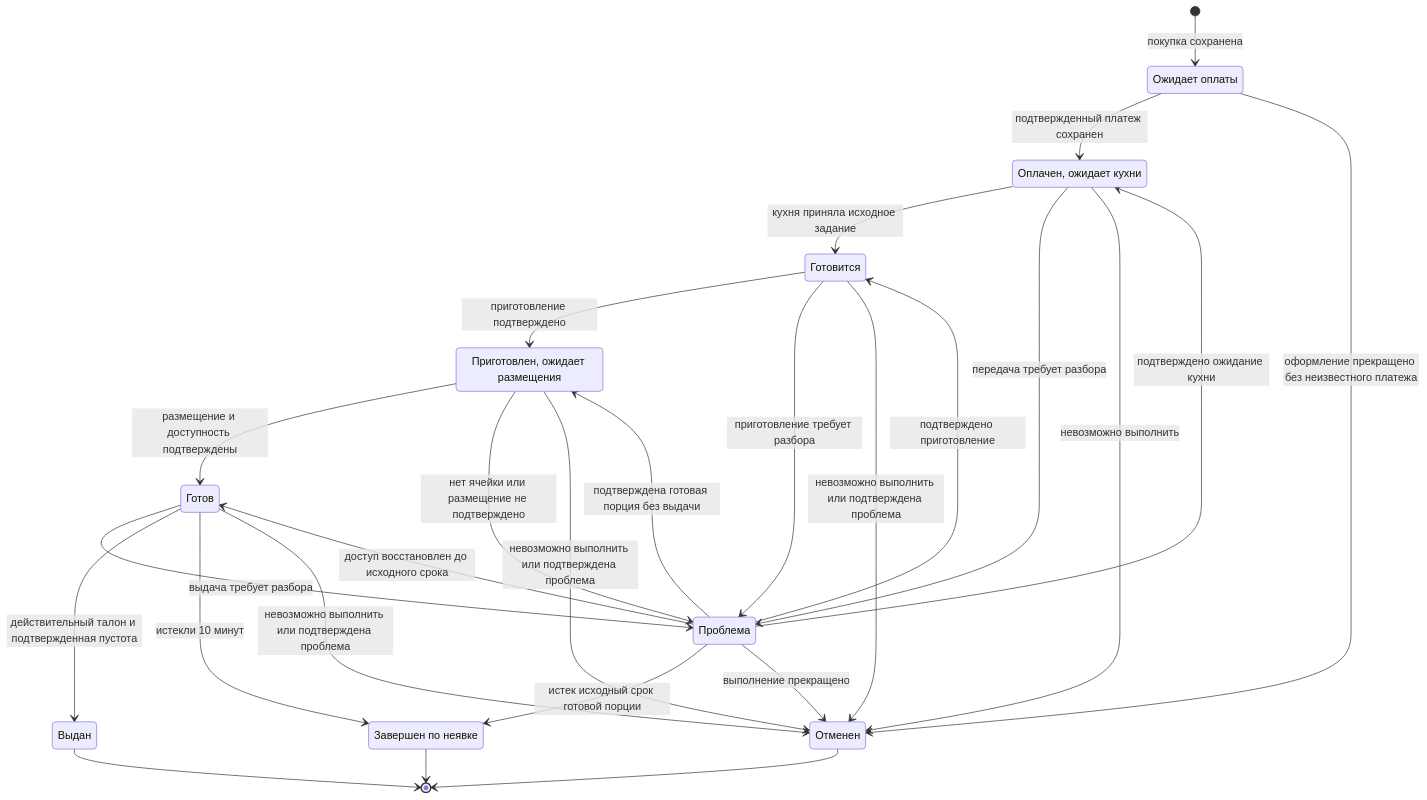
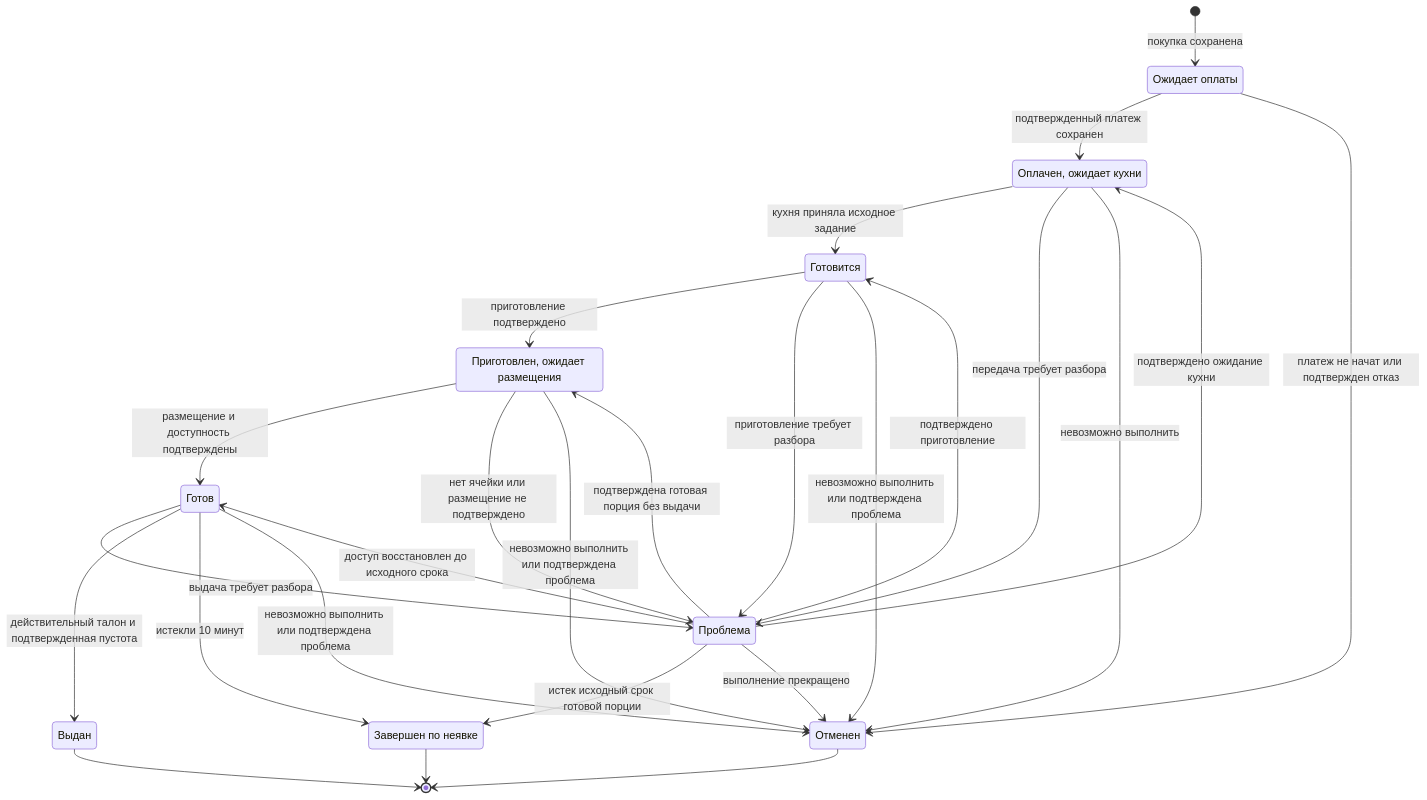
Before and after one commit to n-leo-leo/restaurant-order-board: the diagram in docs/project/published/03_model/order-states.md, drawn with Mermaid. The commit also changed other lines of this file and 23 other files, not shown here.

````diff
--- a/docs/project/published/03_model/order-states.md
+++ b/docs/project/published/03_model/order-states.md
@@ -7,37 +7,37 @@
 ```mermaid
 stateDiagram-v2
 state "Ожидает оплаты" as Awaiting
 state "Оплачен, ожидает кухни" as Paid
 state "Готовится" as Preparing
 state "Приготовлен, ожидает размещения" as Placement
 state "Готов" as Ready
 state "Проблема" as Problem
 state "Выдан" as Issued
 state "Завершен по неявке" as NoShow
 state "Отменен" as Cancelled
 [*] --> Awaiting : покупка сохранена
 Awaiting --> Paid : подтвержденный платеж сохранен
-Awaiting --> Cancelled : оформление прекращено без неизвестного платежа
+Awaiting --> Cancelled : платеж не начат или подтвержден отказ
 Paid --> Preparing : кухня приняла исходное задание
 Preparing --> Placement : приготовление подтверждено
 Placement --> Ready : размещение и доступность подтверждены
 Paid --> Problem : передача требует разбора
 Preparing --> Problem : приготовление требует разбора
 Placement --> Problem : нет ячейки или размещение не подтверждено
 Ready --> Problem : выдача требует разбора
 Problem --> Paid : подтверждено ожидание кухни
 Problem --> Preparing : подтверждено приготовление
 Problem --> Placement : подтверждена готовая порция без выдачи
 Problem --> Ready : доступ восстановлен до исходного срока
 Ready --> Issued : действительный талон и подтвержденная пустота
 Ready --> NoShow : истекли 10 минут
 Problem --> NoShow : истек исходный срок готовой порции
 Paid --> Cancelled : невозможно выполнить
 Preparing --> Cancelled : невозможно выполнить или подтверждена проблема
 Placement --> Cancelled : невозможно выполнить или подтверждена проблема
 Ready --> Cancelled : невозможно выполнить или подтверждена проблема
 Problem --> Cancelled : выполнение прекращено
 Issued --> [*]
 NoShow --> [*]
 Cancelled --> [*]
 ```
````
